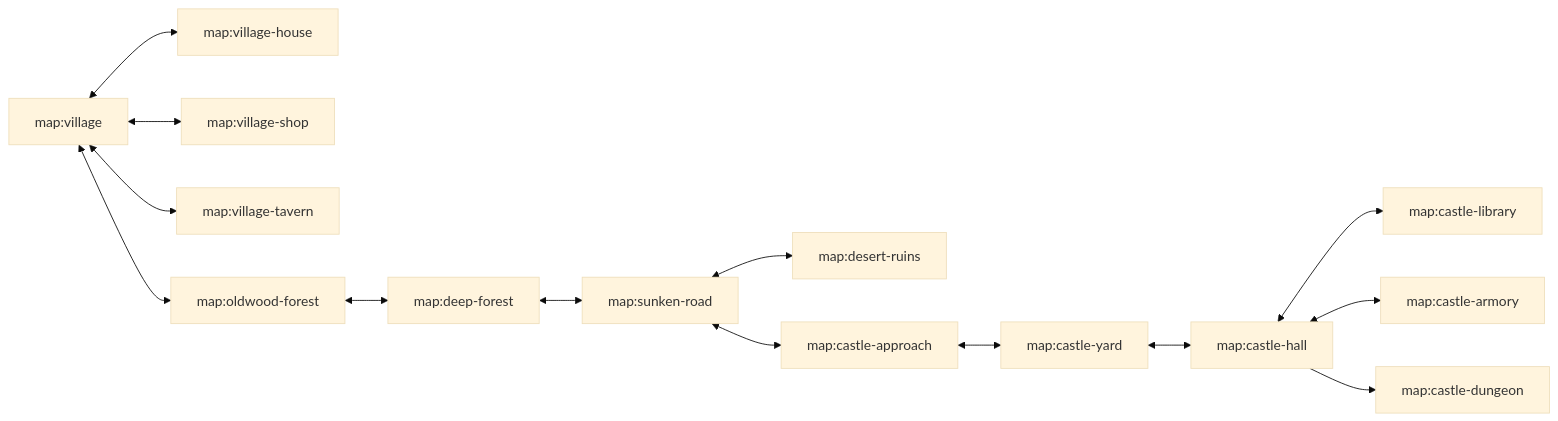
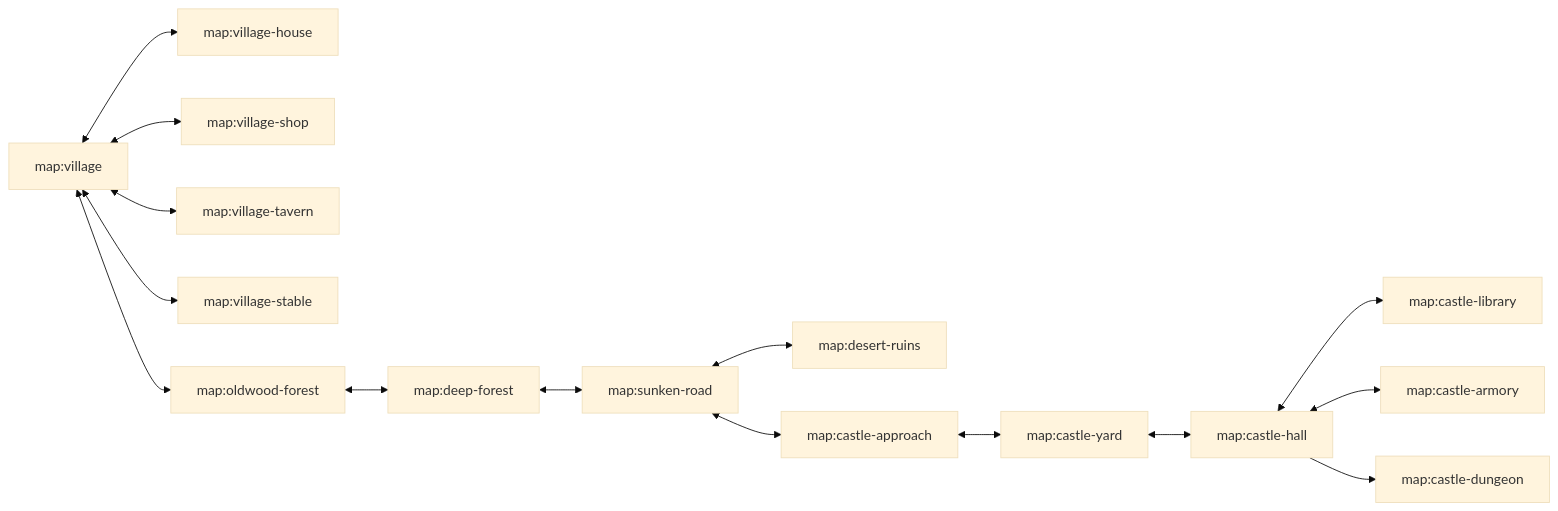
Before and after one commit to jbcom/a-good-old-fashioned-adventure: the diagram in docs/WORLD.md, drawn with Mermaid (base theme). The commit also changed other lines of this file and 330 other files, not shown here.

````diff
--- a/docs/WORLD.md
+++ b/docs/WORLD.md
@@ -43,31 +111,33 @@
 ```mermaid
 flowchart LR
   Village["map:village"]
   House["map:village-house"]
   Shop["map:village-shop"]
   Tavern["map:village-tavern"]
+  Stable["map:village-stable"]
   Forest["map:oldwood-forest"]
   DeepForest["map:deep-forest"]
   Desert["map:sunken-road"]
   Ruins["map:desert-ruins"]
   Approach["map:castle-approach"]
   Yard["map:castle-yard"]
   Hall["map:castle-hall"]
   Library["map:castle-library"]
   Armory["map:castle-armory"]
   Dungeon["map:castle-dungeon"]
 
   Village <--> House
   Village <--> Shop
   Village <--> Tavern
+  Village <--> Stable
   Village <--> Forest
   Forest <--> DeepForest
   DeepForest <--> Desert
   Desert <--> Ruins
   Desert <--> Approach
   Approach <--> Yard
   Yard <--> Hall
   Hall <--> Library
   Hall <--> Armory
   Hall --> Dungeon
 ```
````
